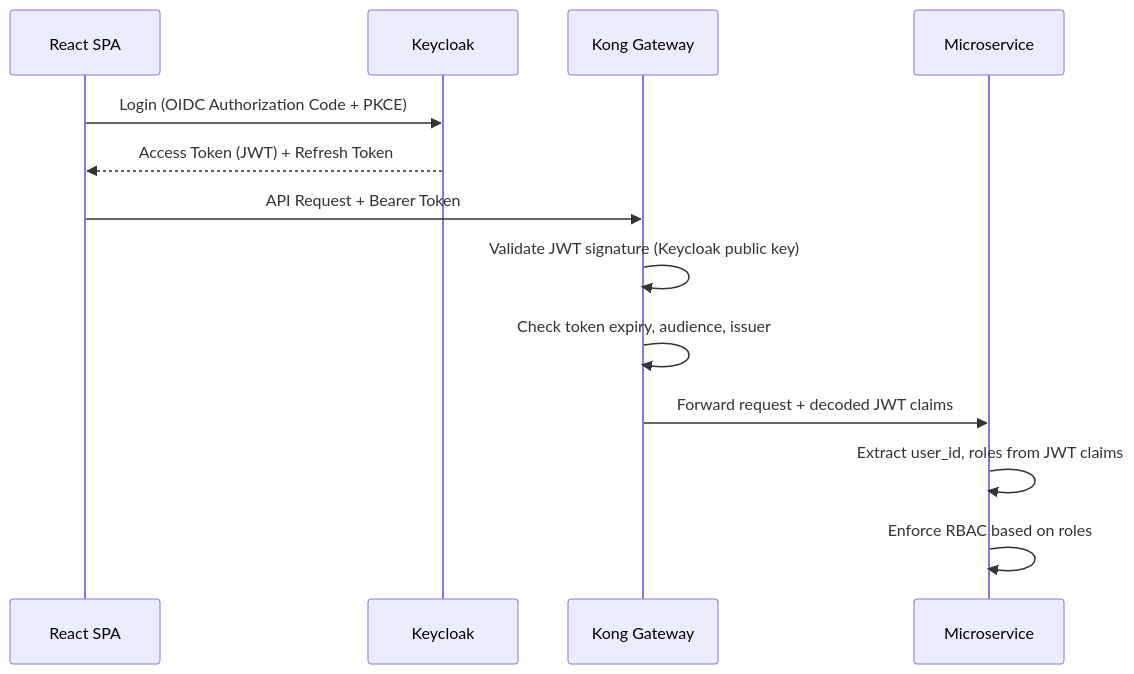
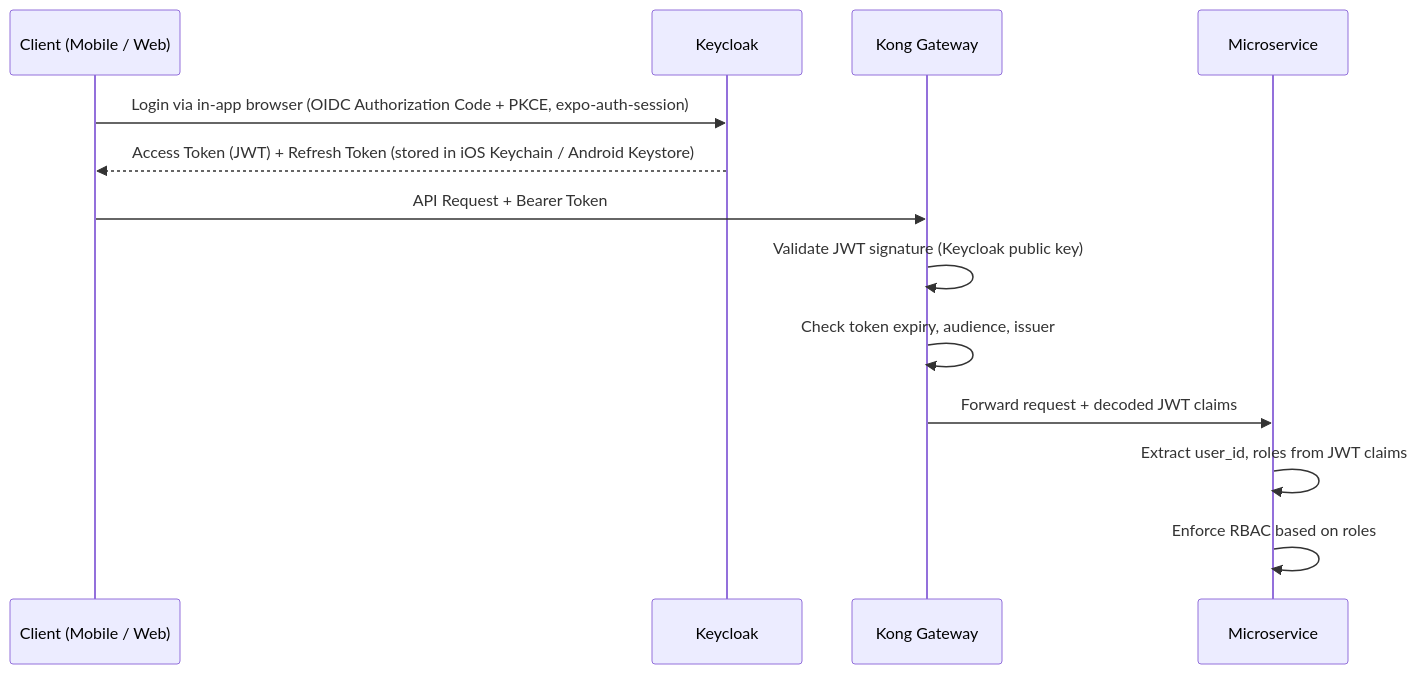
One commit to dvlpr-anas/ecommerce-system-design changed the fourth of 5 diagrams in docs/ecommerce-microservices-design.md. Above: the diagram before and after it, drawn with Mermaid. The commit also changed other lines of this file and 6 other files, not shown here.

````diff
--- a/docs/ecommerce-microservices-design.md
+++ b/docs/ecommerce-microservices-design.md
@@ -323,18 +350,18 @@
 ```mermaid
 sequenceDiagram
-    participant Client as React SPA
+    participant Client as Client (Mobile / Web)
     participant KC as Keycloak
     participant Kong as Kong Gateway
     participant Svc as Microservice
 
-    Client->>KC: Login (OIDC Authorization Code + PKCE)
-    KC-->>Client: Access Token (JWT) + Refresh Token
+    Client->>KC: Login via in-app browser (OIDC Authorization Code + PKCE, expo-auth-session)
+    KC-->>Client: Access Token (JWT) + Refresh Token (stored in iOS Keychain / Android Keystore)
 
     Client->>Kong: API Request + Bearer Token
     Kong->>Kong: Validate JWT signature (Keycloak public key)
     Kong->>Kong: Check token expiry, audience, issuer
     Kong->>Svc: Forward request + decoded JWT claims
 
     Svc->>Svc: Extract user_id, roles from JWT claims
     Svc->>Svc: Enforce RBAC based on roles
 ```
````
